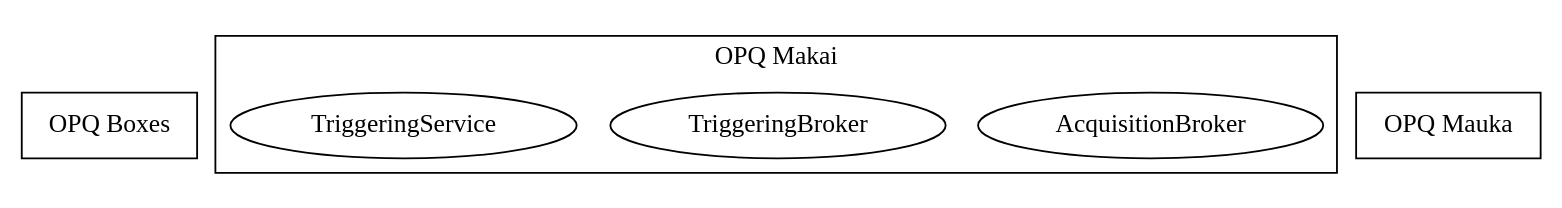
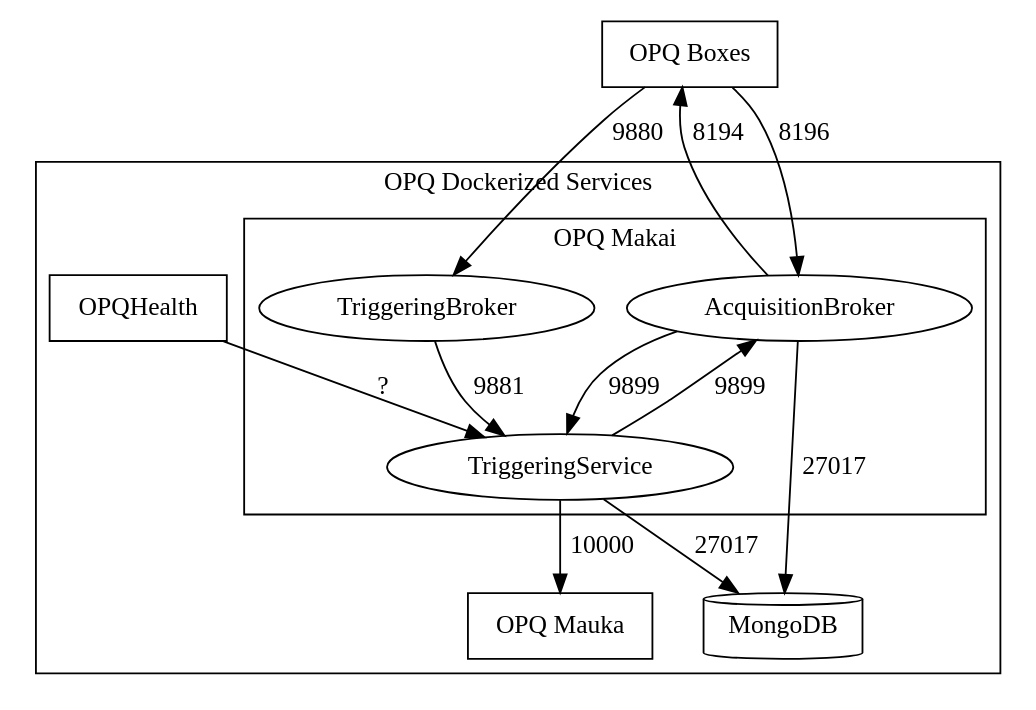
The diagram in makai/makai.dot (openpowerquality/opq), drawn with Graphviz before and after one commit.

Commit message:
Update makai port diagram.

```diff
--- a/makai/makai.dot
+++ b/makai/makai.dot
@@ -1,12 +1,31 @@
 digraph makai {
     OPQBoxes[shape="box", label="OPQ Boxes"]
 
-    subgraph cluster_makai {
-        label = "OPQ Makai";
-        AcquisitionBroker
-        TriggeringBroker
-        TriggeringService
+    subgraph cluster_opq {
+        label = "OPQ Dockerized Services"
+        OPQMauka[shape=box, label="OPQ Mauka"]
+        MongoDB[shape=cylinder]
+        OPQHealth[shape=box]
+
+        subgraph cluster_makai {
+            label = "OPQ Makai";
+            AcquisitionBroker
+            TriggeringBroker
+            TriggeringService
+        }
     }
 
-    OPQMauka[shape=box, label="OPQ Mauka"]
+    OPQBoxes -> AcquisitionBroker [label=8196]
+    AcquisitionBroker -> OPQBoxes [label=8194]
+    AcquisitionBroker -> TriggeringService [label=9899]
+    AcquisitionBroker -> MongoDB [label=27017]
+
+    TriggeringService -> OPQMauka [label=10000]
+    TriggeringService -> MongoDB [label=27017]
+    TriggeringService -> AcquisitionBroker [label=9899]
+
+    OPQBoxes -> TriggeringBroker [label=9880]
+    TriggeringBroker -> TriggeringService [label=9881]
+
+    OPQHealth -> TriggeringService [label="?"]
 }
```
